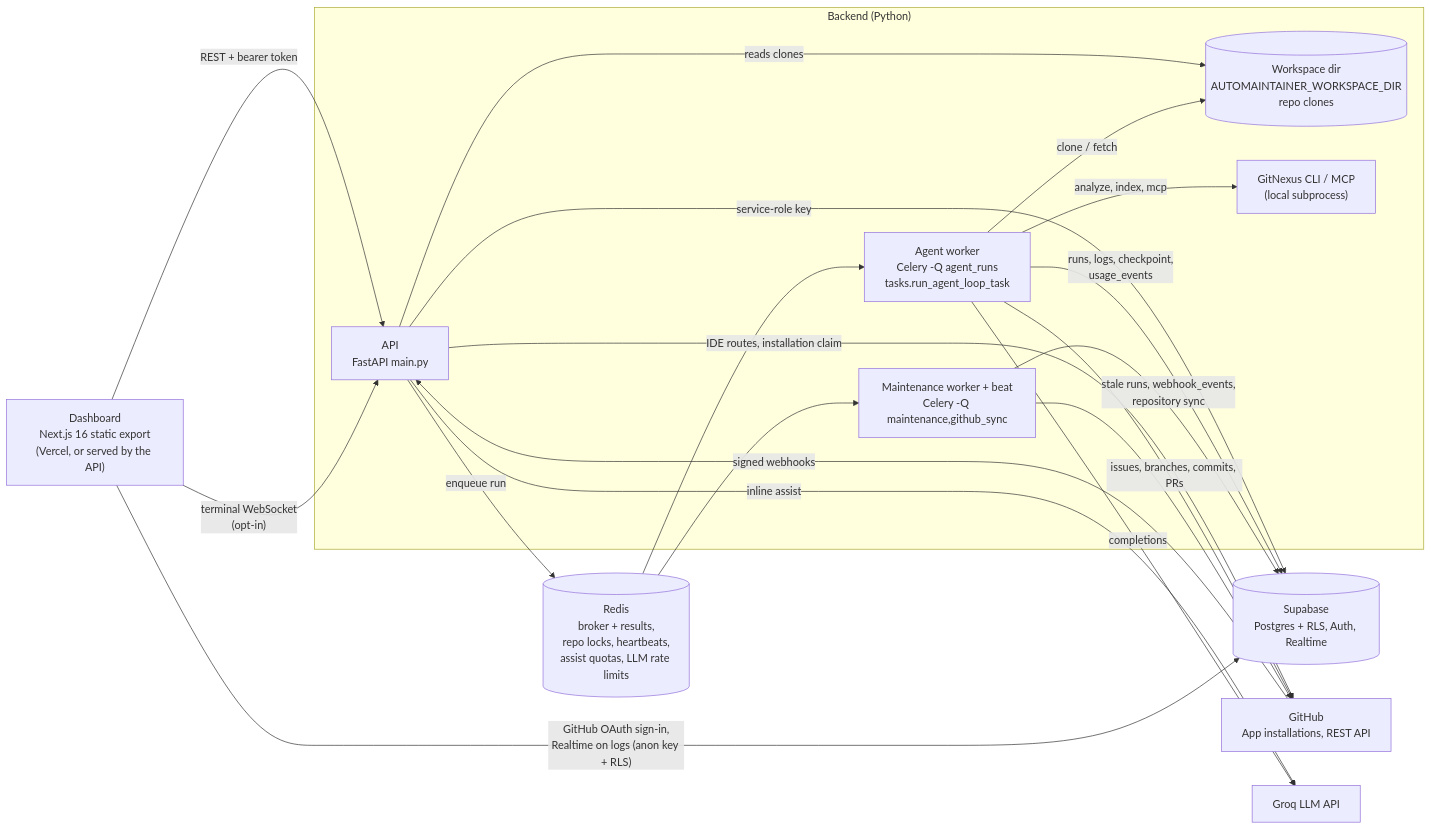
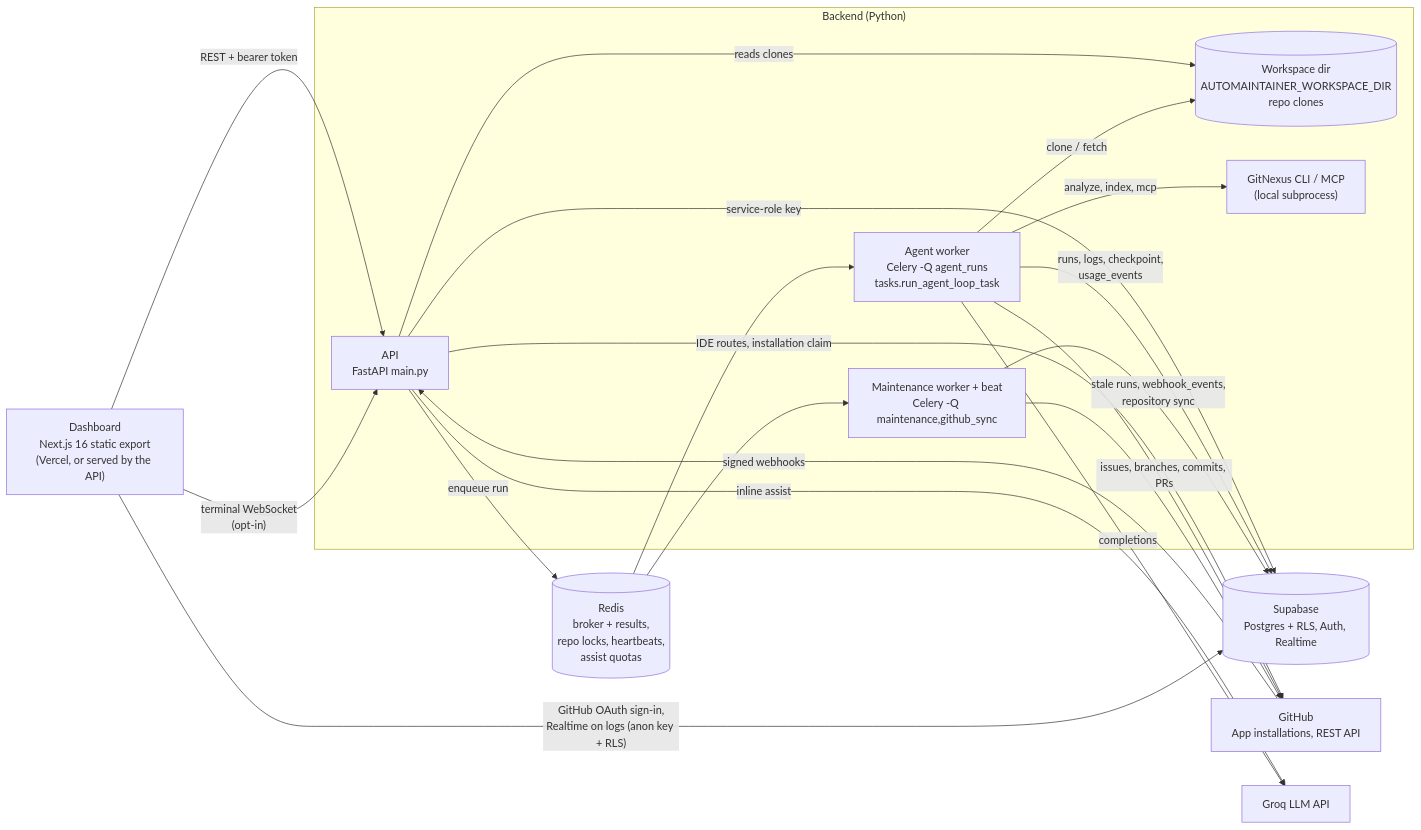
One commit to PxA-Labs/AutoMaintainer changed the first of 2 diagrams in ARCHITECTURE.md. Above: the diagram before and after it, drawn with Mermaid. The commit also changed other lines of this file and 2 other files, not shown here.

````diff
--- a/ARCHITECTURE.md
+++ b/ARCHITECTURE.md
@@ -14,38 +14,38 @@
 ```mermaid
 flowchart LR
     browser["Dashboard<br/>Next.js 16 static export<br/>(Vercel, or served by the API)"]
 
     subgraph backend["Backend (Python)"]
         api["API<br/>FastAPI main.py"]
         worker["Agent worker<br/>Celery -Q agent_runs<br/>tasks.run_agent_loop_task"]
         maint["Maintenance worker + beat<br/>Celery -Q maintenance,github_sync"]
         ws[("Workspace dir<br/>AUTOMAINTAINER_WORKSPACE_DIR<br/>repo clones")]
         gitnexus["GitNexus CLI / MCP<br/>(local subprocess)"]
     end
 
-    redis[("Redis<br/>broker + results,<br/>repo locks, heartbeats,<br/>assist quotas, LLM rate limits")]
+    redis[("Redis<br/>broker + results,<br/>repo locks, heartbeats,<br/>assist quotas")]
     supabase[("Supabase<br/>Postgres + RLS, Auth, Realtime")]
     github["GitHub<br/>App installations, REST API"]
     groq["Groq LLM API"]
 
     browser -- "REST + bearer token" --> api
     browser -- "terminal WebSocket<br/>(opt-in)" --> api
     browser -- "GitHub OAuth sign-in,<br/>Realtime on logs (anon key + RLS)" --> supabase
 
     api -- "enqueue run" --> redis
     api -- "service-role key" --> supabase
     api -- "IDE routes, installation claim" --> github
     api -- "inline assist" --> groq
     api -- "reads clones" --> ws
     github -- "signed webhooks" --> api
 
     redis --> worker
     redis --> maint
     worker -- "runs, logs, checkpoint,<br/>usage_events" --> supabase
     worker -- "issues, branches, commits, PRs" --> github
     worker -- "completions" --> groq
     worker -- "clone / fetch" --> ws
     worker -- "analyze, index, mcp" --> gitnexus
     maint -- "stale runs, webhook_events,<br/>repository sync" --> supabase
     maint --> github
 ```
````
